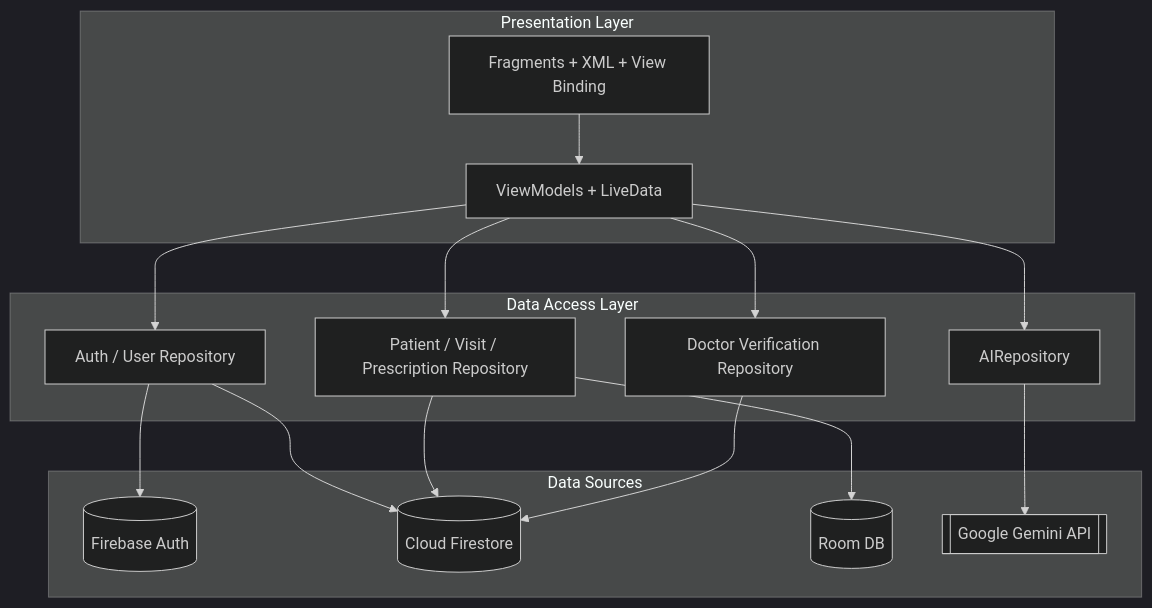
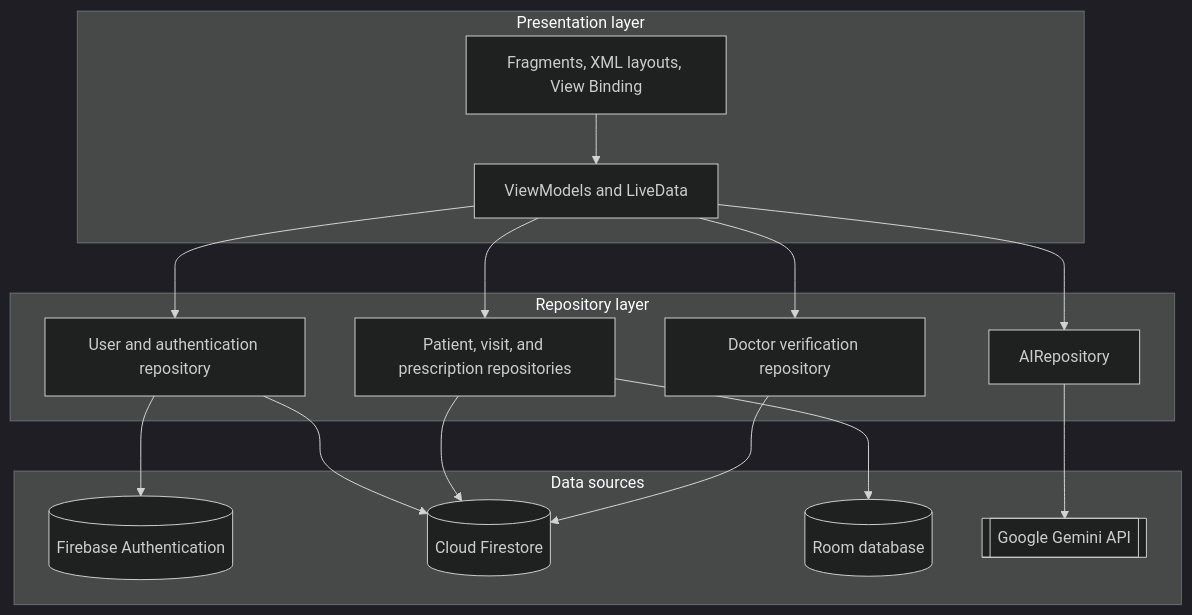
One commit to muhammadsahil1304/MediSync changed the first of 4 diagrams in README.md. Above: the diagram before and after it, drawn with Mermaid (dark theme). The commit also changed other lines of this file, not shown here.

````diff
--- a/README.md
+++ b/README.md
@@ -86,30 +114,33 @@
 ```mermaid
 flowchart TD
-    subgraph Presentation["Presentation Layer"]
-        F[Fragments + XML + View Binding]
-        VM[ViewModels + LiveData]
+    subgraph P["Presentation layer"]
+        F["Fragments, XML layouts, View Binding"]
+        VM["ViewModels and LiveData"]
     end
 
-    subgraph Domain["Data Access Layer"]
-        R1[Auth / User Repository]
-        R2[Patient / Visit / Prescription Repository]
-        R3[Doctor Verification Repository]
-        R4[AIRepository]
+    subgraph R["Repository layer"]
+        R1["User and authentication repository"]
+        R2["Patient, visit, and prescription repositories"]
+        R3["Doctor verification repository"]
+        R4["AIRepository"]
     end
 
-    subgraph Sources["Data Sources"]
-        FA[(Firebase Auth)]
-        FS[(Cloud Firestore)]
-        RM[(Room DB)]
-        GM[[Google Gemini API]]
+    subgraph D["Data sources"]
+        FA[("Firebase Authentication")]
+        FS[("Cloud Firestore")]
+        RM[("Room database")]
+        GM[["Google Gemini API"]]
     end
 
     F --> VM
-    VM --> R1 & R2 & R3 & R4
+    VM --> R1
+    VM --> R2
+    VM --> R3
+    VM --> R4
     R1 --> FA
     R1 --> FS
     R2 --> FS
     R2 --> RM
     R3 --> FS
     R4 --> GM
 ```
````
